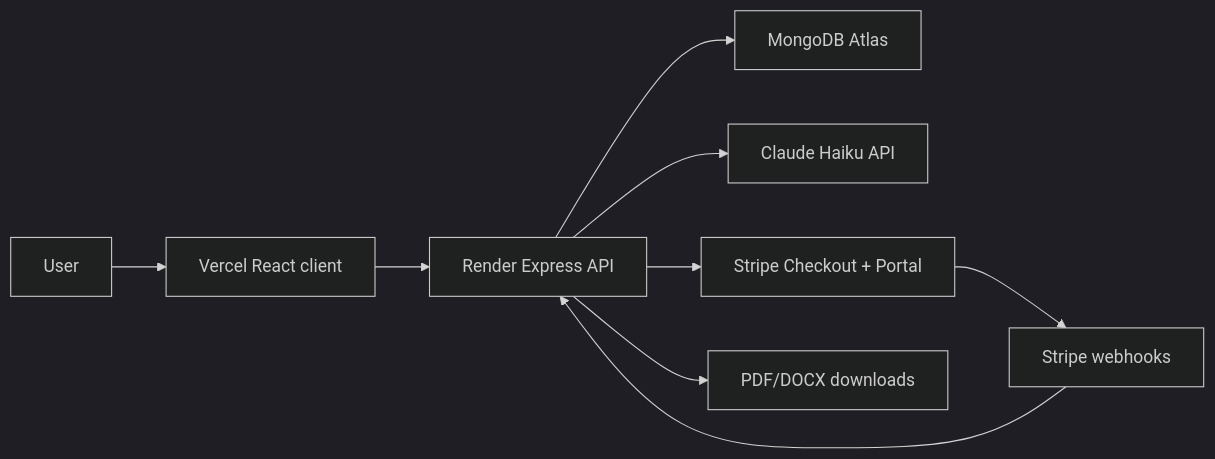
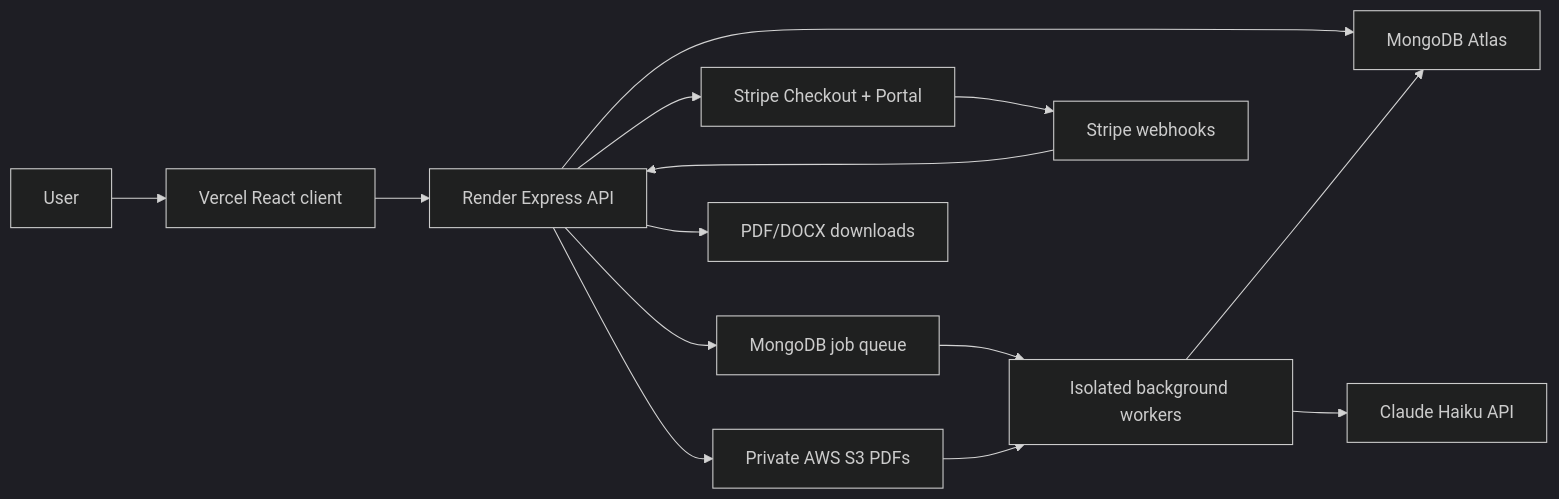
The diagram in README.md (Aashish-cs/ResumeRoast), drawn with Mermaid (dark theme) before and after one commit. The commit also changed other lines of this file and 44 other files, not shown here.

````diff
--- a/README.md
+++ b/README.md
@@ -73,11 +75,16 @@
 ```mermaid
 flowchart LR
   U["User"] --> A["Vercel React client"]
   A --> B["Render Express API"]
   B --> C["MongoDB Atlas"]
-  B --> D["Claude Haiku API"]
+  B --> Q["MongoDB job queue"]
+  B --> S["Private AWS S3 PDFs"]
+  Q --> W["Isolated background workers"]
+  S --> W
+  W --> D["Claude Haiku API"]
+  W --> C
   B --> E["Stripe Checkout + Portal"]
   E --> F["Stripe webhooks"]
   F --> B
   B --> G["PDF/DOCX downloads"]
 ```
````
